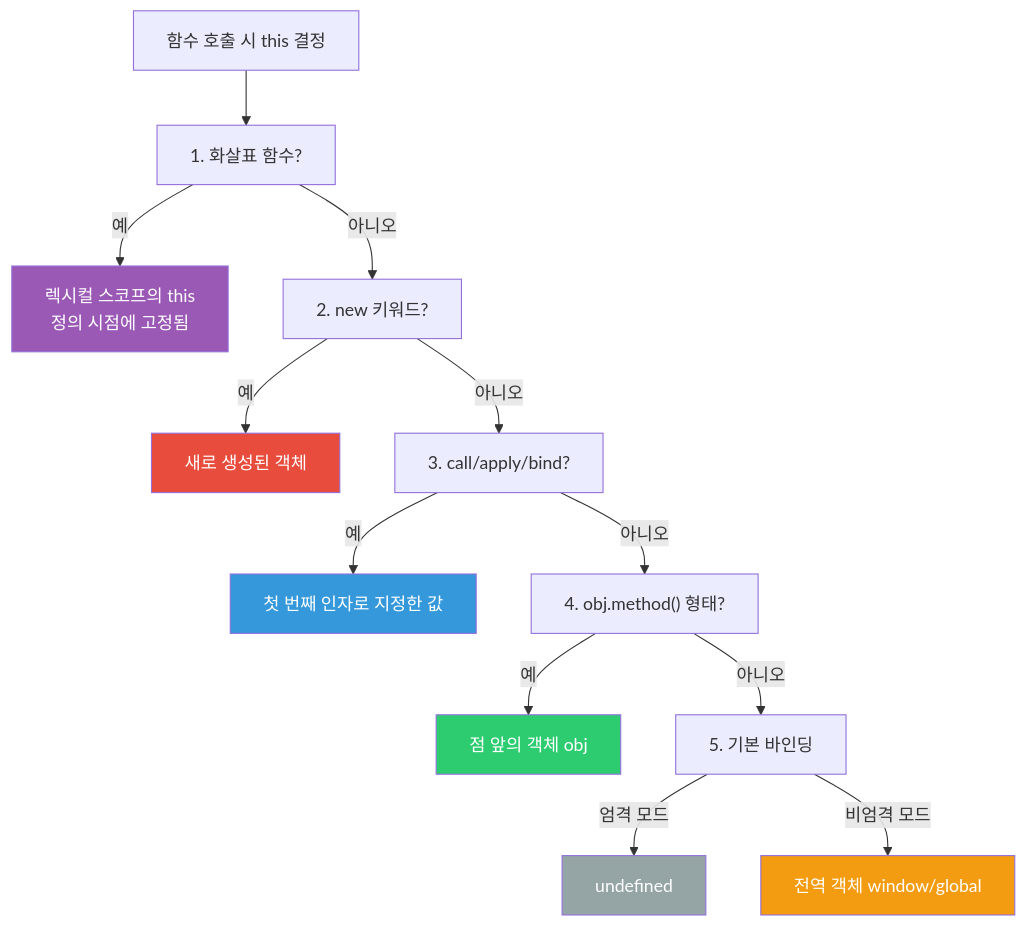
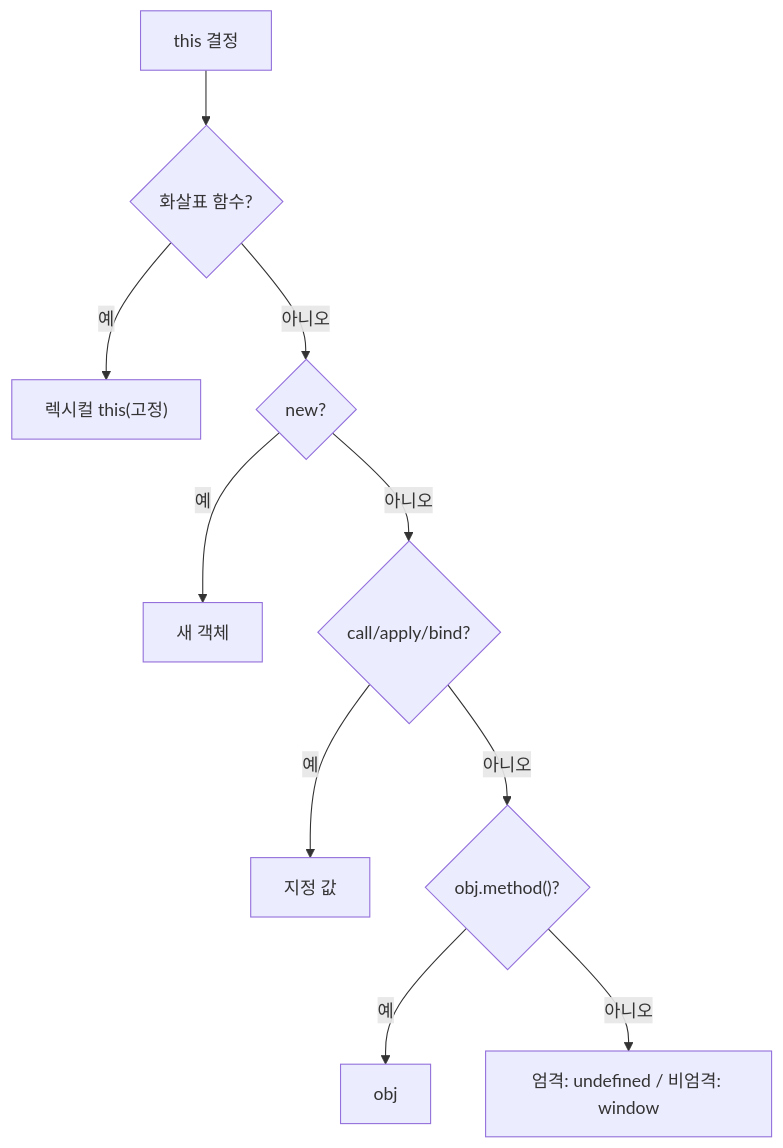
One commit to yjkim2015/yjkim2015.github.io changed the seventh of 7 diagrams in _posts/frontend/2026-05-02-js-this-binding.md. Above: the diagram before and after it, drawn with Mermaid. The commit also changed other lines of this file and 215 other files, not shown here.

First line of the commit message:
신규 포스트 10개 추가 + Mermaid 전면 축소 + SystemDesign 시리즈 보강

````diff
--- a/_posts/frontend/2026-05-02-js-this-binding.md
+++ b/_posts/frontend/2026-05-02-js-this-binding.md
@@ -613,21 +583,12 @@
 ```mermaid
 flowchart TD
-    A["함수 호출 시 this 결정"] --> B["1. 화살표 함수?"]
-    B -->|"예"| B1["렉시컬 스코프의 this<br>정의 시점에 고정됨"]
-    B -->|"아니오"| C["2. new 키워드?"]
-    C -->|"예"| C1["새로 생성된 객체"]
-    C -->|"아니오"| D["3. call/apply/bind?"]
-    D -->|"예"| D1["첫 번째 인자로 지정한 값"]
-    D -->|"아니오"| E["4. obj.method() 형태?"]
-    E -->|"예"| E1["점 앞의 객체 obj"]
-    E -->|"아니오"| F["5. 기본 바인딩"]
-    F -->|"엄격 모드"| F1["undefined"]
-    F -->|"비엄격 모드"| F2["전역 객체 window/global"]
-
-    style B1 fill:#9b59b6,color:#fff
-    style C1 fill:#e74c3c,color:#fff
-    style D1 fill:#3498db,color:#fff
-    style E1 fill:#2ecc71,color:#fff
-    style F1 fill:#95a5a6,color:#fff
-    style F2 fill:#f39c12,color:#fff
+    A["this 결정"] --> B{"화살표 함수?"}
+    B -->|예| B1["렉시컬 this(고정)"]
+    B -->|아니오| C{"new?"}
+    C -->|예| C1["새 객체"]
+    C -->|아니오| D{"call/apply/bind?"}
+    D -->|예| D1["지정 값"]
+    D -->|아니오| E{"obj.method()?"}
+    E -->|예| E1["obj"]
+    E -->|아니오| F1["엄격: undefined / 비엄격: window"]
 ```
````
